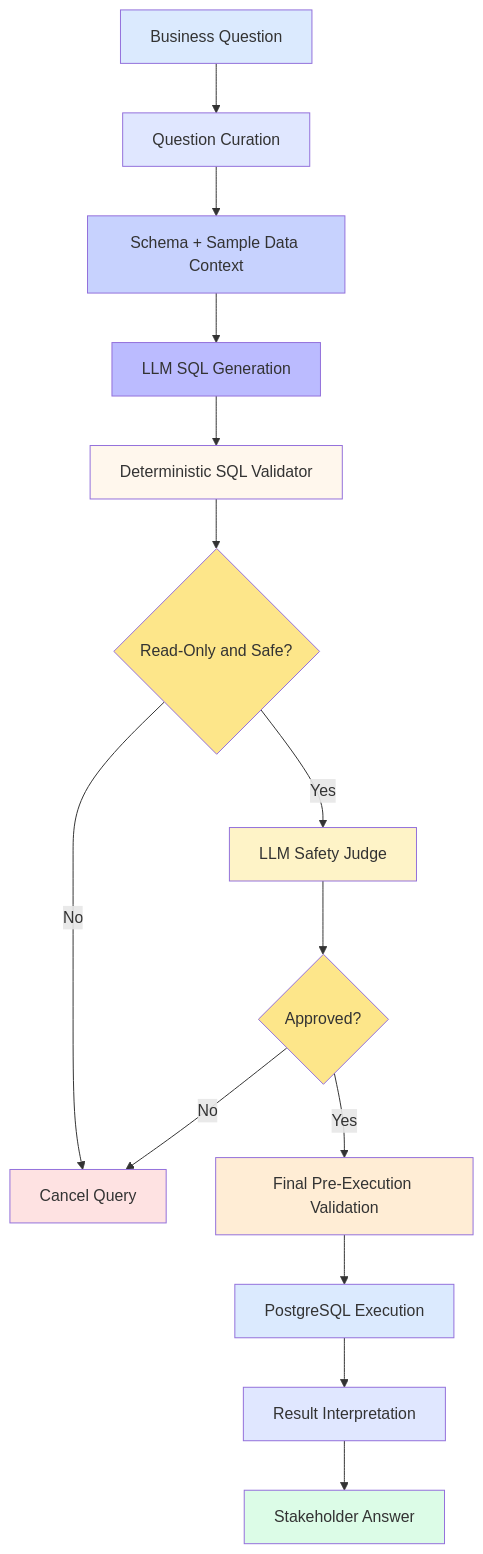
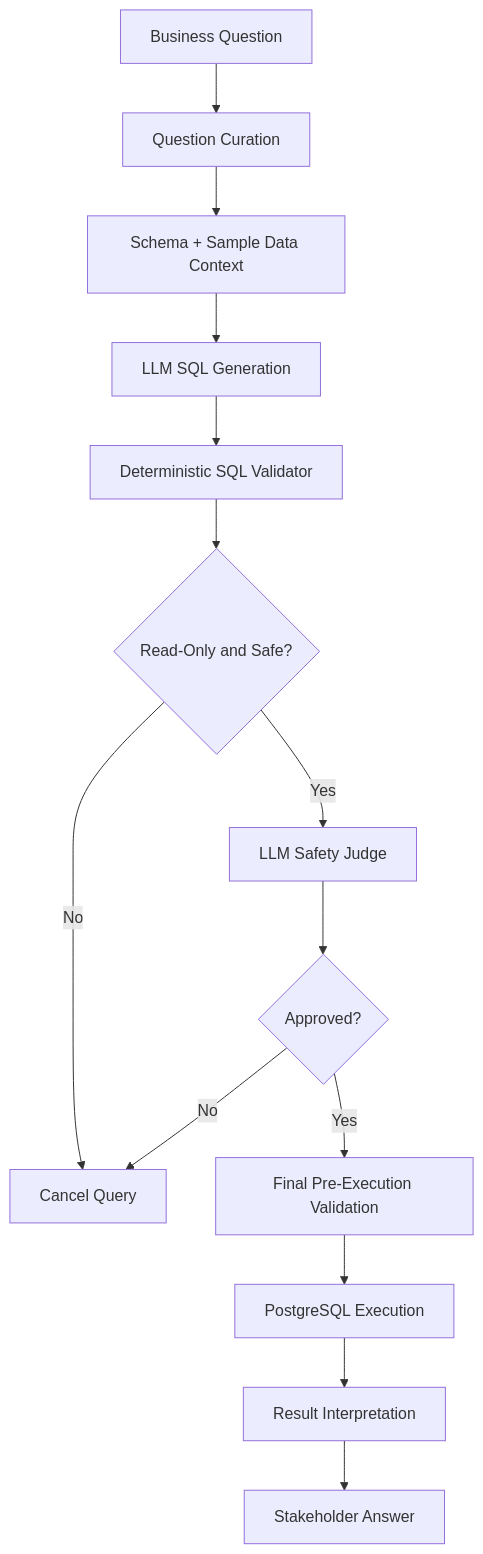
The third of 6 diagrams in README.md (swapniltake1/Agentic-AI-Based-Multi-Source-Data-Retrieval-and-Stakeholder-Intelligence-Platform), drawn with Mermaid before and after one commit. The commit also changed other lines of this file, not shown here.

````diff
--- a/README.md
+++ b/README.md
@@ -106,30 +81,16 @@
 ```mermaid
 flowchart TD
     A["Business Question"] --> B["Question Curation"]
     B --> C["Schema + Sample Data Context"]
     C --> D["LLM SQL Generation"]
     D --> E["Deterministic SQL Validator"]
     E --> F{"Read-Only and Safe?"}
     F -->|No| G["Cancel Query"]
     F -->|Yes| H["LLM Safety Judge"]
     H --> I{"Approved?"}
     I -->|No| G
     I -->|Yes| J["Final Pre-Execution Validation"]
     J --> K["PostgreSQL Execution"]
     K --> L["Result Interpretation"]
     L --> M["Stakeholder Answer"]
-
-    style A fill:#dbeafe
-    style B fill:#e0e7ff
-    style C fill:#c7d2fe
-    style D fill:#bbf
-    style E fill:#fff7ed
-    style F fill:#fde68a
-    style G fill:#fee2e2
-    style H fill:#fef3c7
-    style I fill:#fde68a
-    style J fill:#ffedd5
-    style K fill:#dbeafe
-    style L fill:#e0e7ff
-    style M fill:#dcfce7
 ```
````
